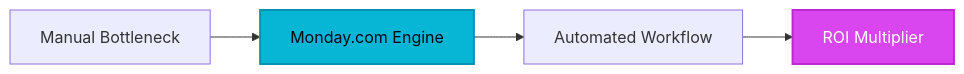
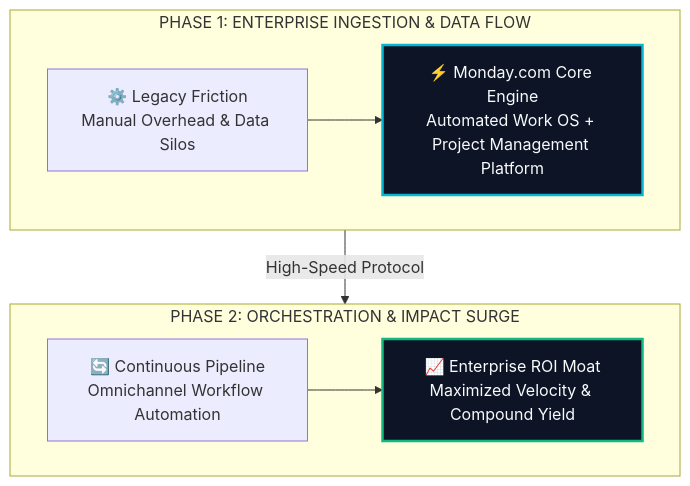
Before and after one commit to heliatech-media/saas-radar: the diagram in site/src/content/blog/monday-com-evolution-guide-2026.md, drawn with Mermaid. The commit also changed 97 other files, not shown here.

First line of the commit message:
feat(diagrams): upgrade all article architecture schemas to high-impact 2-tier responsive vector blueprints

````diff
--- a/site/src/content/blog/monday-com-evolution-guide-2026.md
+++ b/site/src/content/blog/monday-com-evolution-guide-2026.md
@@ -61,8 +61,14 @@
 ```mermaid
-flowchart LR
-    A[Manual Bottleneck] --> B[Monday.com Engine]
-    B --> C[Automated Workflow]
-    C --> D[ROI Multiplier]
-    style B fill:#06b6d4,stroke:#0891b2,stroke-width:2px,color:#030712
-    style D fill:#d946ef,stroke:#c026d3,stroke-width:2px,color:#ffffff
+flowchart TD
+    subgraph S1["PHASE 1: ENTERPRISE INGESTION & DATA FLOW"]
+        direction LR
+        A["⚙️ Legacy Friction<br/>Manual Overhead & Data Silos"] --> B["⚡ Monday.com Core Engine<br/>Automated Work OS + Project Management Platform"]
+    end
+    subgraph S2["PHASE 2: ORCHESTRATION & IMPACT SURGE"]
+        direction LR
+        C["🔄 Continuous Pipeline<br/>Omnichannel Workflow Automation"] --> D["📈 Enterprise ROI Moat<br/>Maximized Velocity & Compound Yield"]
+    end
+    S1 -->|High-Speed Protocol| S2
+    style B fill:#0c1425,stroke:#06b6d4,stroke-width:2.5px,color:#f8fafc
+    style D fill:#0c1425,stroke:#10b981,stroke-width:2.5px,color:#f8fafc
 ```
````
